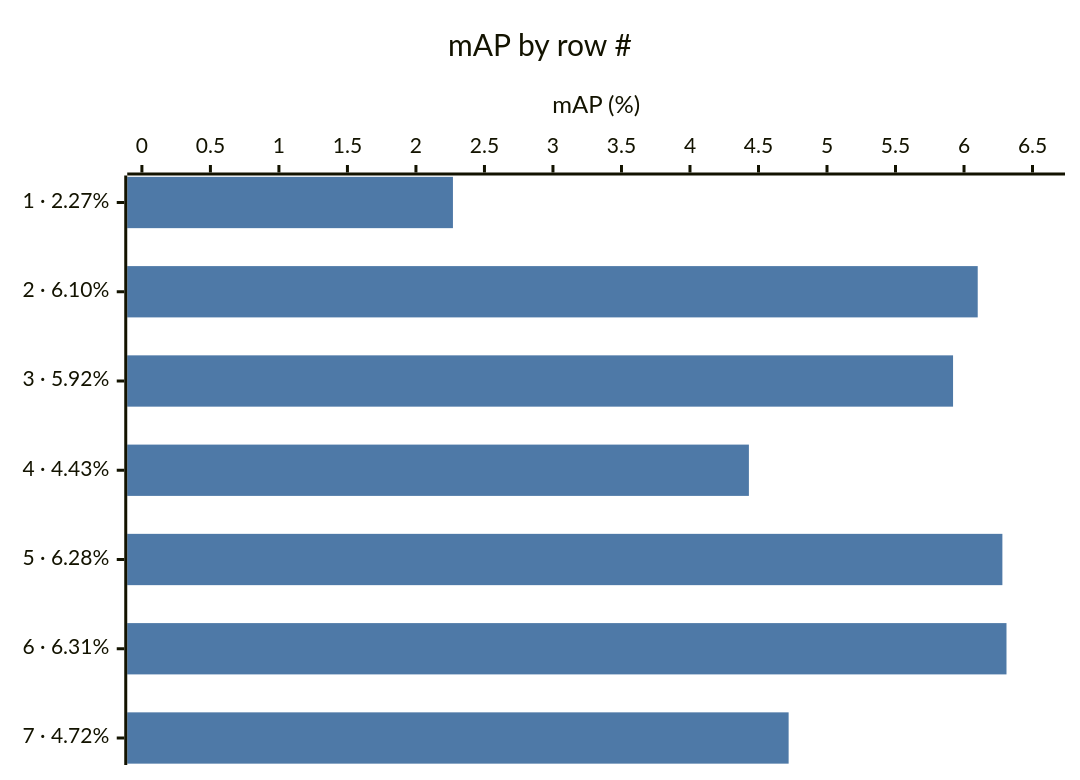
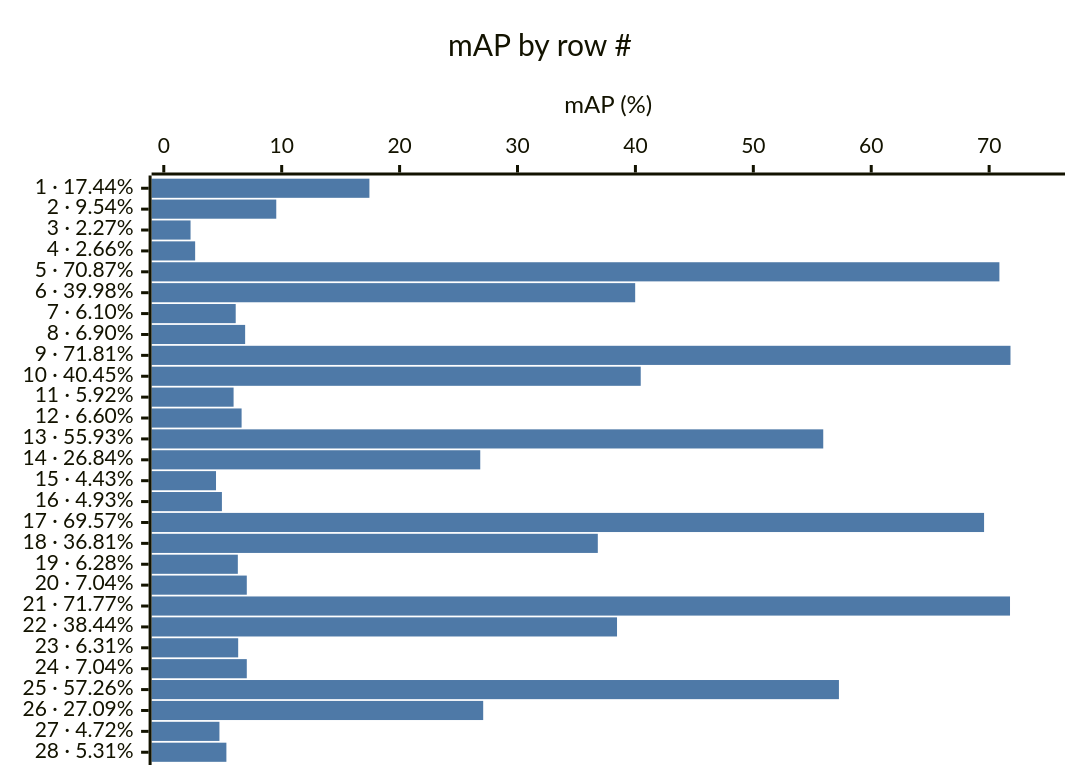
Before and after one commit to karolmajek/torment-nexus: the second of 8 diagrams in results/table.md, drawn with Mermaid. The commit also changed other lines of this file and 43 other files, not shown here.

````diff
--- a/results/table.md
+++ b/results/table.md
@@ -34,8 +76,8 @@
 ```mermaid
 %%{init: {"themeVariables": {"xyChart": {"backgroundColor": "transparent", "plotColorPalette": "#4e79a7"}}}}%%
 xychart-beta horizontal
     title "mAP by row #"
-    x-axis ["1 · 2.27%", "2 · 6.10%", "3 · 5.92%", "4 · 4.43%", "5 · 6.28%", "6 · 6.31%", "7 · 4.72%"]
-    y-axis "mAP (%)" 0 --> 6.63
-    bar [2.27, 6.10, 5.92, 4.43, 6.28, 6.31, 4.72]
+    x-axis ["1 · 17.44%", "2 · 9.54%", "3 · 2.27%", "4 · 2.66%", "5 · 70.87%", "6 · 39.98%", "7 · 6.10%", "8 · 6.90%", "9 · 71.81%", "10 · 40.45%", "11 · 5.92%", "12 · 6.60%", "13 · 55.93%", "14 · 26.84%", "15 · 4.43%", "16 · 4.93%", "17 · 69.57%", "18 · 36.81%", "19 · 6.28%", "20 · 7.04%", "21 · 71.77%", "22 · 38.44%", "23 · 6.31%", "24 · 7.04%", "25 · 57.26%", "26 · 27.09%", "27 · 4.72%", "28 · 5.31%"]
+    y-axis "mAP (%)" 0 --> 75.40
+    bar [17.44, 9.54, 2.27, 2.66, 70.87, 39.98, 6.10, 6.90, 71.81, 40.45, 5.92, 6.60, 55.93, 26.84, 4.43, 4.93, 69.57, 36.81, 6.28, 7.04, 71.77, 38.44, 6.31, 7.04, 57.26, 27.09, 4.72, 5.31]
 ```
````
